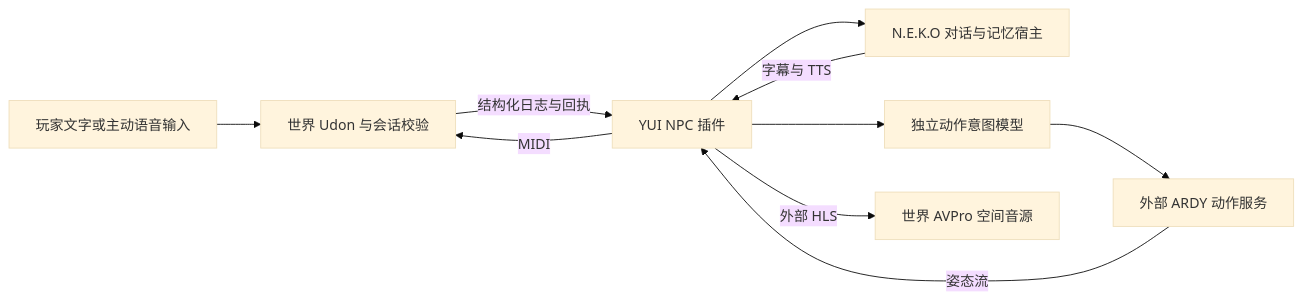
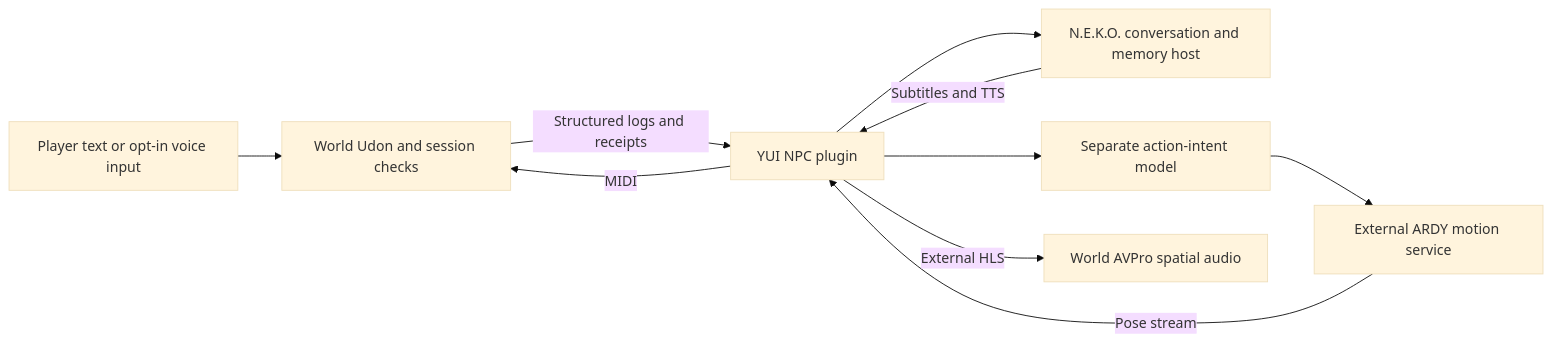
One commit to keepwin-Neil/VRC-NEKO changed the diagram in README.md. Above: the diagram before and after it, drawn with Mermaid (base theme). The commit also changed other lines of this file and 4 other files, not shown here.

````diff
--- a/README.md
+++ b/README.md
@@ -9,12 +11,12 @@
 ```mermaid
 flowchart LR
-    Player[玩家文字或主动语音输入] --> World[世界 Udon 与会话校验]
-    World -->|结构化日志与回执| Plugin[YUI NPC 插件]
-    Plugin --> Host[N.E.K.O 对话与记忆宿主]
-    Plugin --> Intent[独立动作意图模型]
-    Intent --> Motion[外部 ARDY 动作服务]
-    Motion -->|姿态流| Plugin
+    Player[Player text or opt-in voice input] --> World[World Udon and session checks]
+    World -->|Structured logs and receipts| Plugin[YUI NPC plugin]
+    Plugin --> Host[N.E.K.O. conversation and memory host]
+    Plugin --> Intent[Separate action-intent model]
+    Intent --> Motion[External ARDY motion service]
+    Motion -->|Pose stream| Plugin
     Plugin -->|MIDI| World
-    Host -->|字幕与 TTS| Plugin
-    Plugin -->|外部 HLS| Voice[世界 AVPro 空间音源]
+    Host -->|Subtitles and TTS| Plugin
+    Plugin -->|External HLS| Voice[World AVPro spatial audio]
 ```
````
